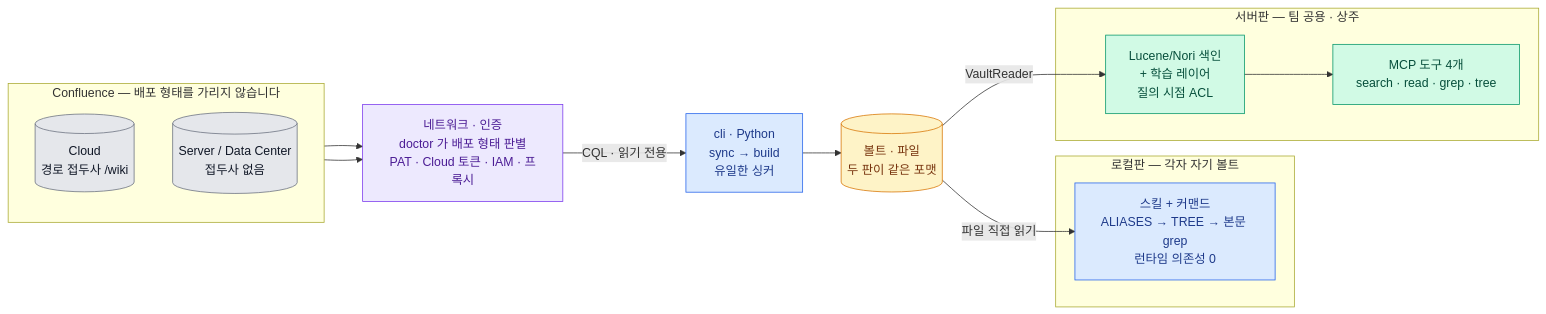
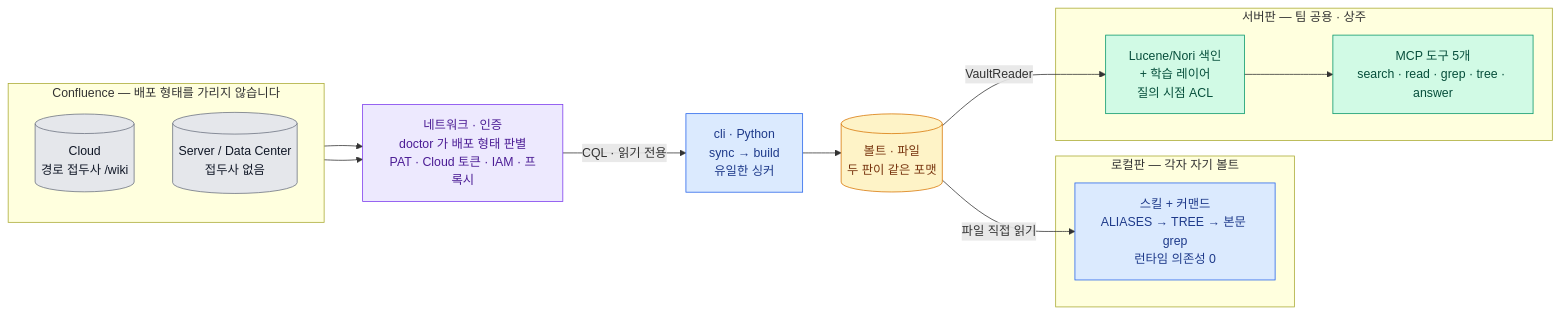
One commit to mukansei/wikilens changed the first of 3 diagrams in README.md. Above: the diagram before and after it, drawn with Mermaid. The commit also changed other lines of this file and 8 other files, not shown here.

First line of the commit message:
feat: MCP 도구 answer — 모델이 답을 진술한다 (도구 5개)

````diff
--- a/README.md
+++ b/README.md
@@ -204,38 +204,38 @@
 ```mermaid
 flowchart LR
     subgraph CONF["Confluence — 배포 형태를 가리지 않습니다"]
         direction TB
         CLOUD[("Cloud<br/>경로 접두사 /wiki")]
         DC[("Server / Data Center<br/>접두사 없음")]
     end
 
     NET["네트워크 · 인증<br/>doctor 가 배포 형태 판별<br/>PAT · Cloud 토큰 · IAM · 프록시"]
     CLI["cli · Python<br/>sync → build<br/>유일한 싱커"]
     VAULT[("볼트 · 파일<br/>두 판이 같은 포맷")]
 
     subgraph L["로컬판 — 각자 자기 볼트"]
         LSKILL["스킬 + 커맨드<br/>ALIASES → TREE → 본문 grep<br/>런타임 의존성 0"]
     end
 
     subgraph S["서버판 — 팀 공용 · 상주"]
         IDX["Lucene/Nori 색인<br/>+ 학습 레이어<br/>질의 시점 ACL"]
-        MCP["MCP 도구 4개<br/>search · read · grep · tree"]
+        MCP["MCP 도구 5개<br/>search · read · grep · tree · answer"]
     end
 
     CLOUD --> NET
     DC --> NET
     NET -->|CQL · 읽기 전용| CLI --> VAULT
     VAULT -->|파일 직접 읽기| LSKILL
     VAULT -->|VaultReader| IDX --> MCP
 
     classDef ext fill:#e5e7eb,stroke:#6b7280,color:#111827
     classDef net fill:#ede9fe,stroke:#7c3aed,color:#4c1d95
     classDef py fill:#dbeafe,stroke:#2563eb,color:#1e3a8a
     classDef kt fill:#d1fae5,stroke:#059669,color:#064e3b
     classDef st fill:#fef3c7,stroke:#d97706,color:#78350f
     class CLOUD,DC ext
     class NET net
     class CLI,LSKILL py
     class IDX,MCP kt
     class VAULT st
 ```
````
